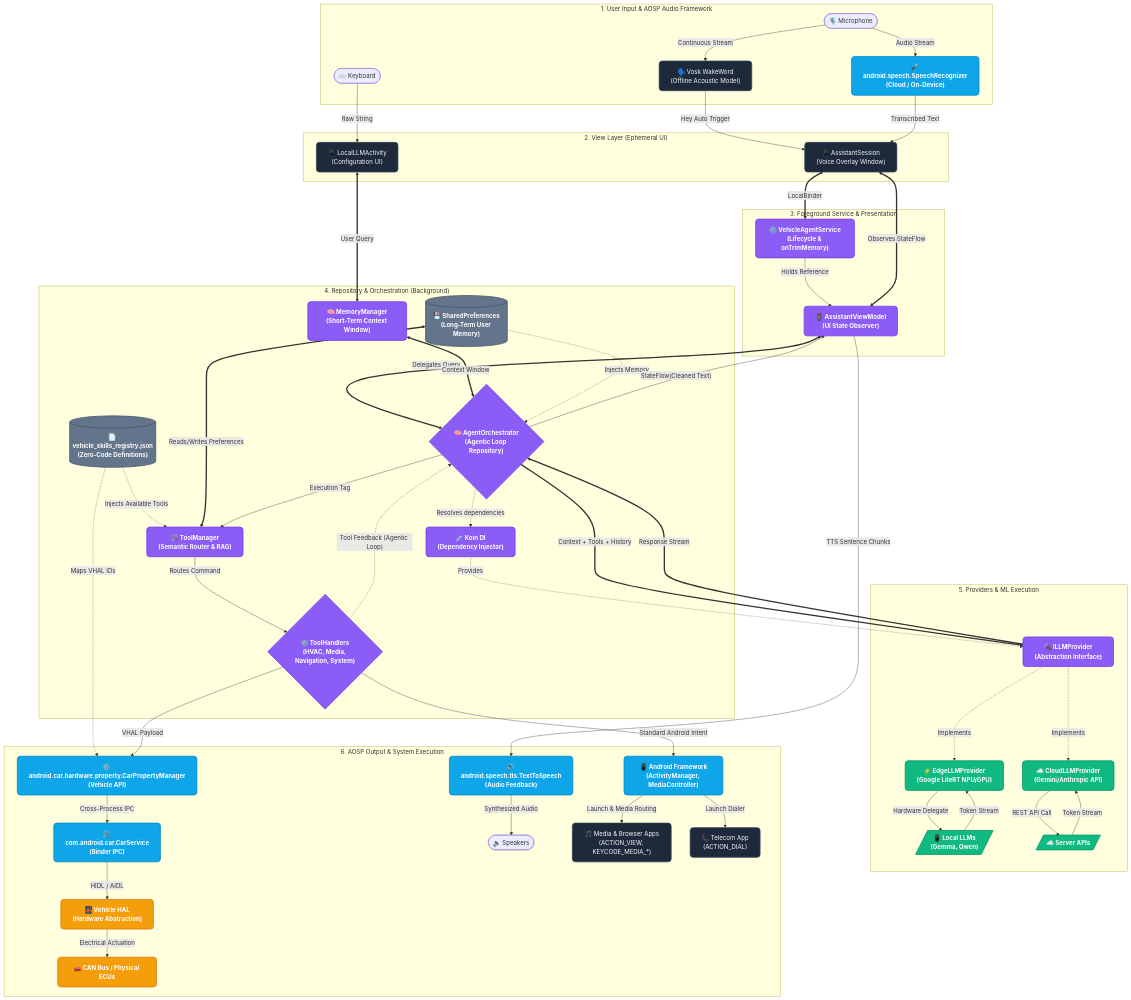
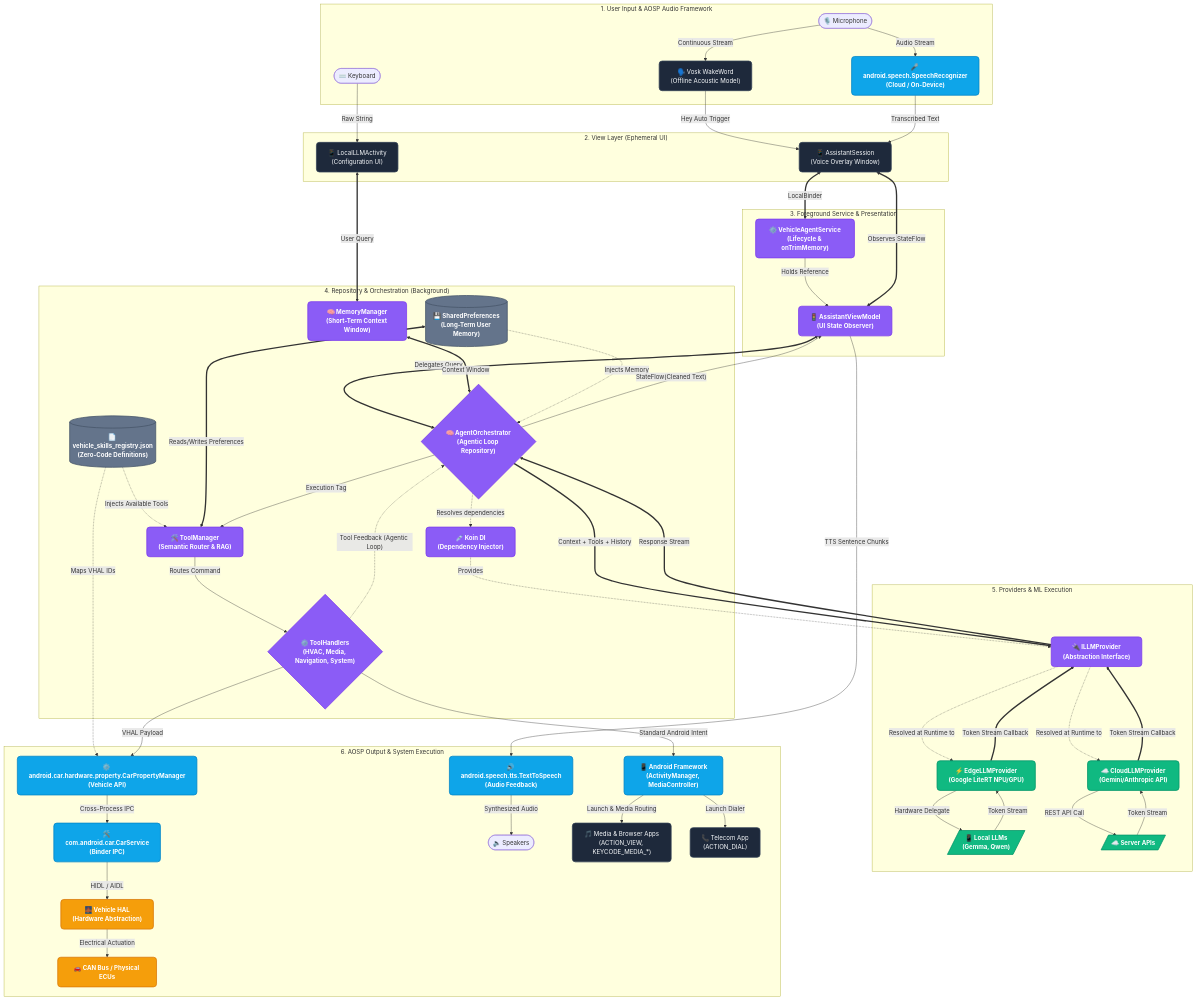
Before and after one commit to hemangpandhi/ai-assistant: the second of 3 diagrams in ARCHITECTURE.md, drawn with Mermaid.

Commit message:
Docs: Refine data flow arrows for ILLM Providers

```diff
--- a/ARCHITECTURE.md
+++ b/ARCHITECTURE.md
@@ -193,8 +193,8 @@
     ORCH -.->|"Resolves dependencies"| KOIN
     KOIN -.->|"Provides"| ILLM
     
-    ILLM -.->|Implements| EDGE
-    ILLM -.->|Implements| CLOUD
+    ILLM -.->|"Resolved at Runtime to"| EDGE
+    ILLM -.->|"Resolved at Runtime to"| CLOUD
 
     ORCH ==>|"Context + Tools + History"| ILLM
     EDGE -->|"Hardware Delegate"| LOCAL
@@ -202,6 +202,9 @@
     
     LOCAL -->|"Token Stream"| EDGE
     CLOUD_SERVER -->|"Token Stream"| CLOUD
+    
+    EDGE ==>|"Token Stream Callback"| ILLM
+    CLOUD ==>|"Token Stream Callback"| ILLM
     ILLM ==>|"Response Stream"| ORCH
     
     ORCH -->|"StateFlow(Cleaned Text)"| VM
```
